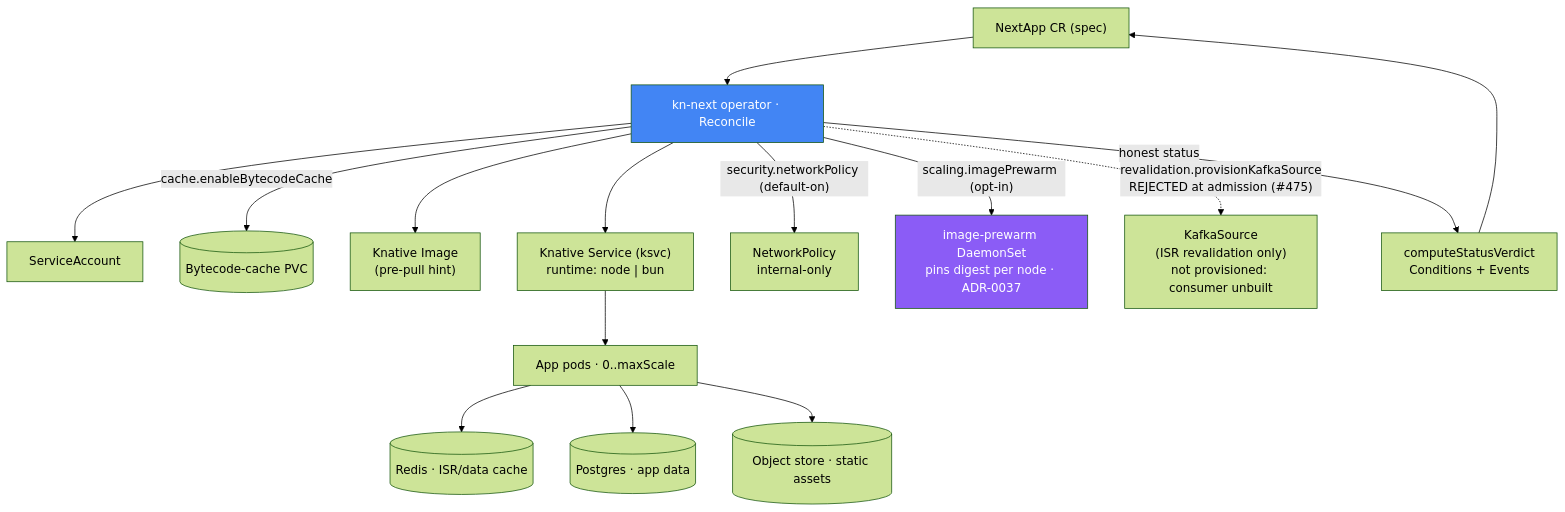
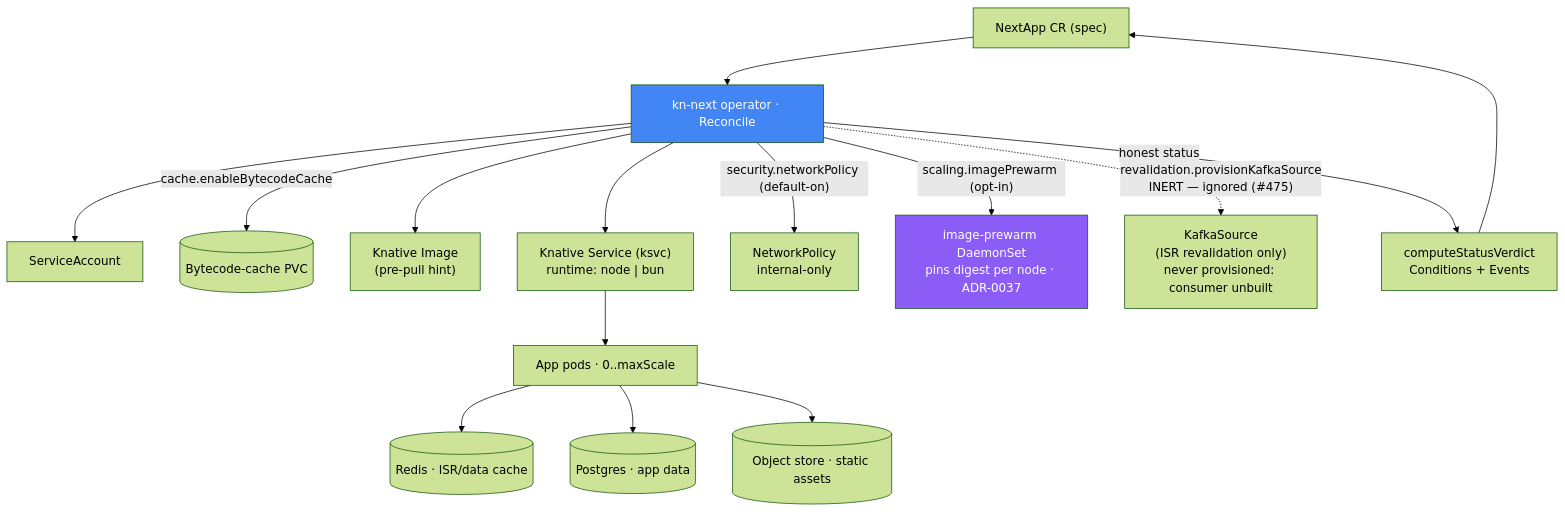
The fifth of 8 diagrams in docs/ARCHITECTURE.md (getknext-dev/knext), drawn with Mermaid (forest theme) before and after one commit. The commit also changed 19 other files, not shown here.

````diff
--- a/docs/ARCHITECTURE.md
+++ b/docs/ARCHITECTURE.md
@@ -175,20 +175,20 @@
 ```mermaid
 flowchart TB
     cr["NextApp CR (spec)"] --> op["kn-next operator · Reconcile"]
     op --> sa["ServiceAccount"]
     op -->|"cache.enableBytecodeCache"| pvc[("Bytecode-cache PVC")]
     op --> kimg["Knative Image<br/>(pre-pull hint)"]
     op --> ksvc["Knative Service (ksvc)<br/>runtime: node | bun"]
     op -->|"security.networkPolicy (default-on)"| np["NetworkPolicy<br/>internal-only"]
     op -->|"scaling.imagePrewarm (opt-in)"| ds["image-prewarm DaemonSet<br/>pins digest per node · ADR-0037"]
-    op -.->|"revalidation.provisionKafkaSource<br/>REJECTED at admission (#475)"| ksrc["KafkaSource<br/>(ISR revalidation only)<br/>not provisioned: consumer unbuilt"]
+    op -.->|"revalidation.provisionKafkaSource<br/>INERT — ignored (#475)"| ksrc["KafkaSource<br/>(ISR revalidation only)<br/>never provisioned: consumer unbuilt"]
     op -->|"honest status"| verdict["computeStatusVerdict<br/>Conditions + Events"]
     verdict --> cr
     ksvc --> pods["App pods · 0..maxScale"]
     pods --> redis[("Redis · ISR/data cache")]
     pods --> pg[("Postgres · app data")]
     pods --> obj[("Object store · static assets")]
 
     style op fill:#4285f4,color:#fff
     style ds fill:#8b5cf6,color:#fff
 ```
````
